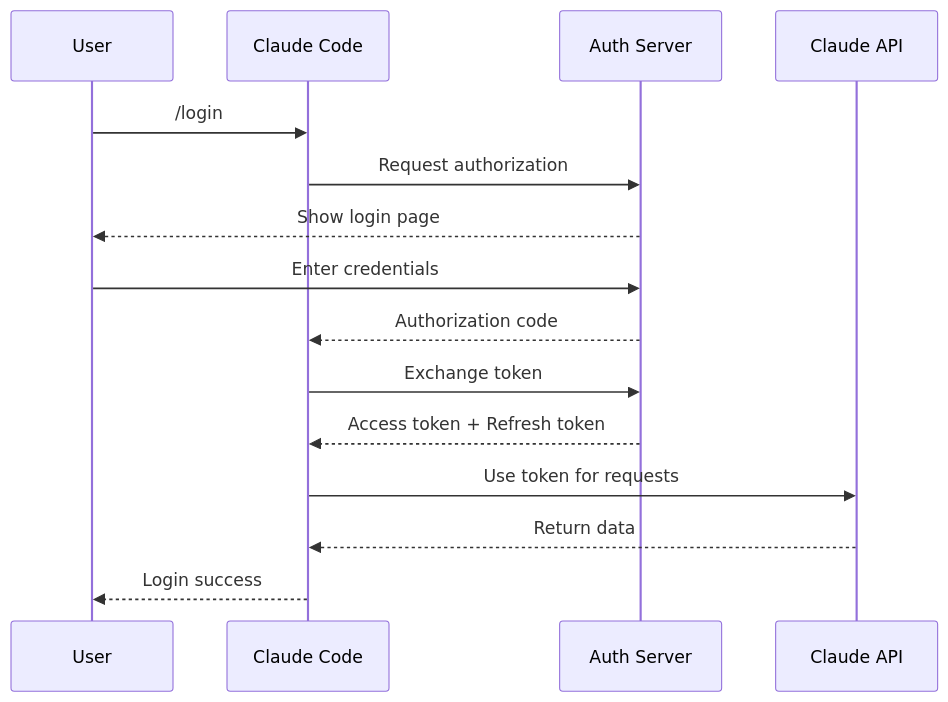
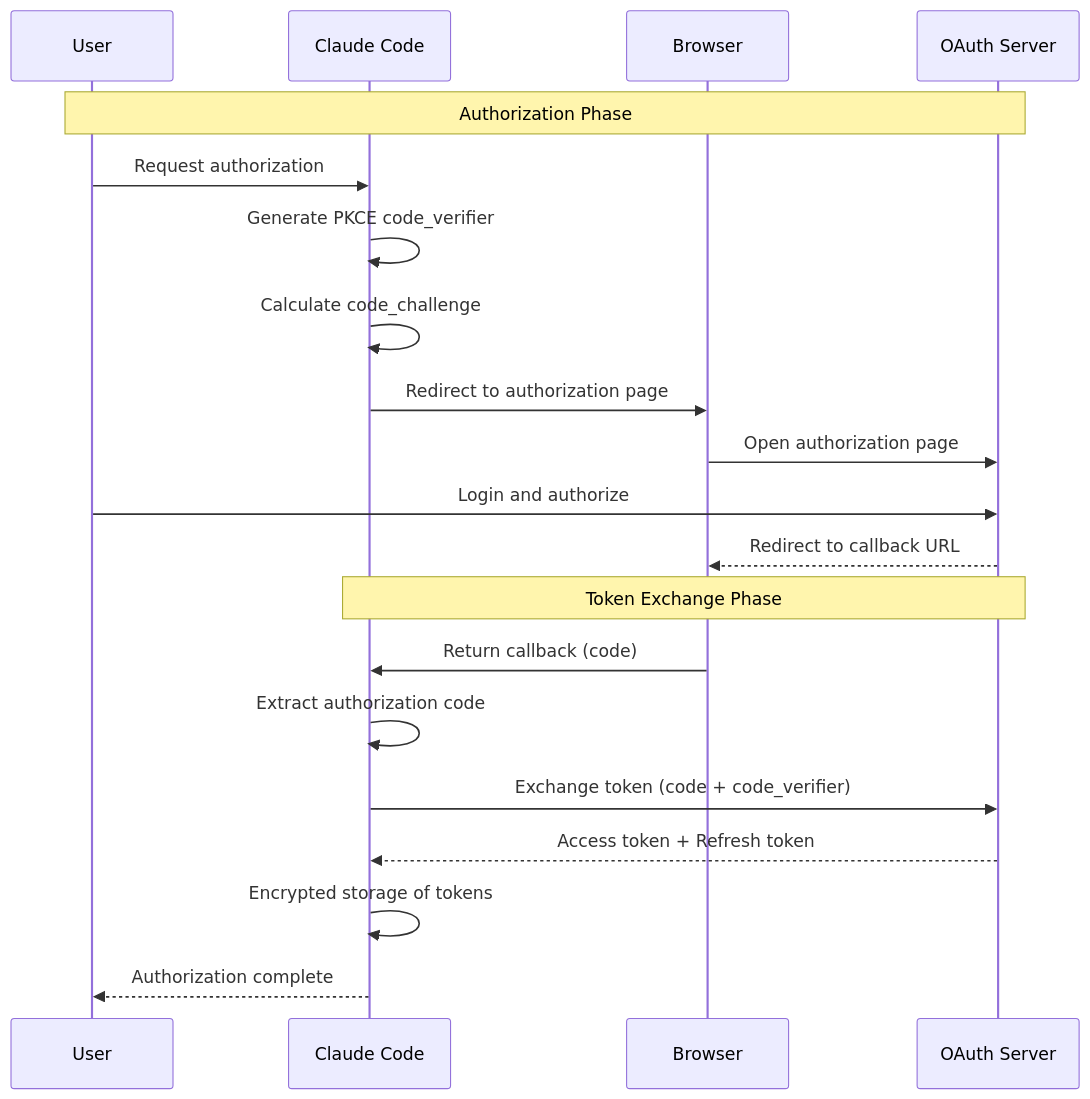
Before and after one commit to niuma996/claude-code-sourcemap-wiki: the third of 4 diagrams in .nium-wiki/wiki_en/services/oauth.md, drawn with Mermaid. The commit also changed other lines of this file and 41 other files, not shown here.

````diff
--- a/.nium-wiki/wiki_en/services/oauth.md
+++ b/.nium-wiki/wiki_en/services/oauth.md
@@ -41,18 +106,25 @@
 ```mermaid
 sequenceDiagram
-    participant User
-    participant CLI as Claude Code
-    participant Auth as Auth Server
-    participant API as Claude API
+    participant User as User
+    participant App as Claude Code
+    participant Browser as Browser
+    participant Server as OAuth Server
 
-    User->>CLI: /login
-    CLI->>Auth: Request authorization
-    Auth-->>User: Show login page
-    User->>Auth: Enter credentials
-    Auth-->>CLI: Authorization code
-    CLI->>Auth: Exchange token
-    Auth-->>CLI: Access token + Refresh token
-    CLI->>API: Use token for requests
-    API-->>CLI: Return data
-    CLI-->>User: Login success
+    Note over User,Server: Authorization Phase
+    User->>App: Request authorization
+    App->>App: Generate PKCE code_verifier
+    App->>App: Calculate code_challenge
+    App->>Browser: Redirect to authorization page
+    Browser->>Server: Open authorization page
+    User->>Server: Login and authorize
+    Server-->>Browser: Redirect to callback URL
+
+    Note over App,Server: Token Exchange Phase
+    Browser->>App: Return callback (code)
+    App->>App: Extract authorization code
+    App->>Server: Exchange token (code + code_verifier)
+    Server-->>App: Access token + Refresh token
+    App->>App: Encrypted storage of tokens
+
+    App-->>User: Authorization complete
 ```
````
